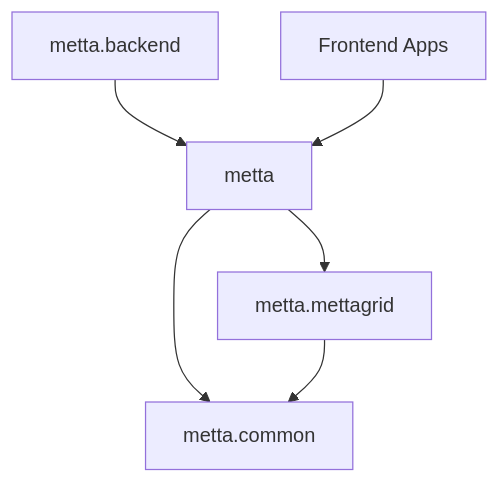
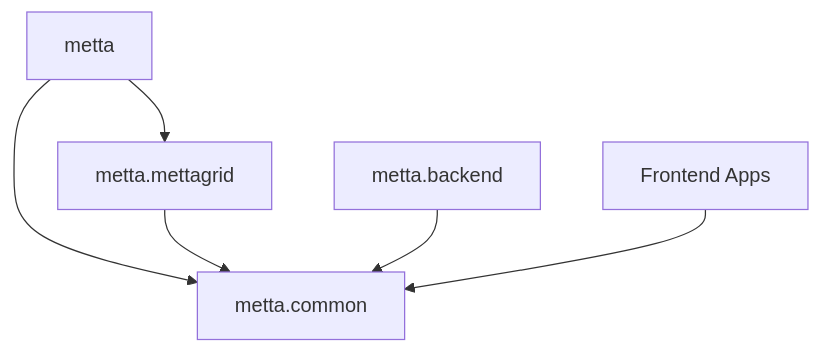
One commit to Metta-AI/metta changed the diagram in REPO_ORGANIZATION.md. Above: the diagram before and after it, drawn with Mermaid. The commit also changed other lines of this file, not shown here.

````diff
--- a/REPO_ORGANIZATION.md
+++ b/REPO_ORGANIZATION.md
@@ -147,8 +166,8 @@
 ```mermaid
 graph TD
     A[metta] --> B[metta.mettagrid]
     A --> C[metta.common]
     B --> C
-    D[metta.backend] --> A
-    E[Frontend Apps] --> A
+    D[metta.backend] --> C
+    E[Frontend Apps] --> C
 ```
````
